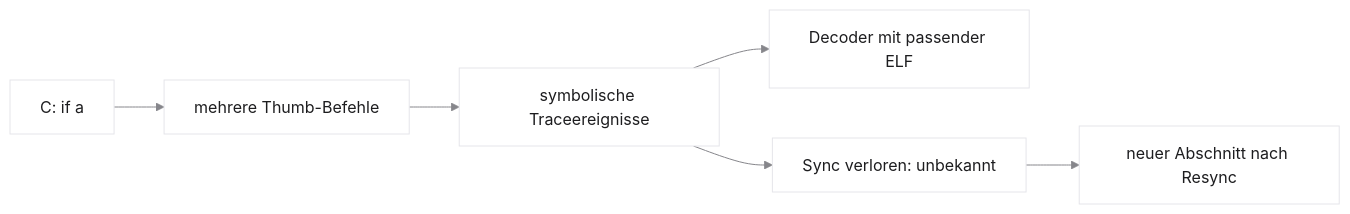
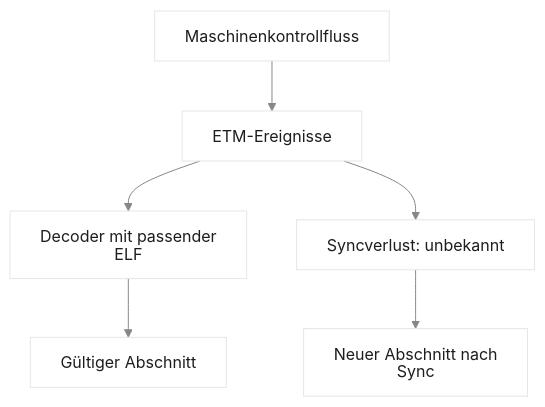
The fourth of 6 diagrams in vorlesungen/07_tracing-timing-analyse.qmd (dantschi/echtzeitsysteme), drawn with Mermaid before and after one commit. The commit also changed other lines of this file and 5 other files, not shown here.

````diff
--- a/vorlesungen/07_tracing-timing-analyse.qmd
+++ b/vorlesungen/07_tracing-timing-analyse.qmd
@@ -397,10 +579,10 @@
 ```{mermaid}
-%%| fig-width: 8.4
-%%{init: {'theme': 'base', 'themeVariables': {'background': '#FFFFFF', 'primaryColor': '#FFFFFF', 'primaryBorderColor': '#E5E5EA', 'primaryTextColor': '#1D1D1F', 'lineColor': '#86868B'}}}%%
-flowchart LR
-  C["C: if a"] --> TH["mehrere Thumb-Befehle"]
-  TH --> EV["symbolische Traceereignisse"]
-  EV --> OK["Decoder mit passender ELF"]
-  EV --> GAP["Sync verloren: unbekannt"]
-  GAP --> NEU["neuer Abschnitt nach Resync"]
+%%| fig-width: 5.4
+%%{init: {'theme': 'base', 'htmlLabels': false, 'flowchart': {'htmlLabels': false}, 'themeVariables': {'background': '#FFFFFF', 'primaryColor': '#FFFFFF', 'primaryBorderColor': '#E5E5EA', 'primaryTextColor': '#1D1D1F', 'lineColor': '#86868B'}}}%%
+flowchart TD
+  P[Maschinenkontrollfluss] --> T[ETM-Ereignisse]
+  T --> D[Decoder mit passender ELF]
+  D --> G[Gültiger Abschnitt]
+  T --> L[Syncverlust: unbekannt]
+  L --> N[Neuer Abschnitt nach Sync]
 ```
````
